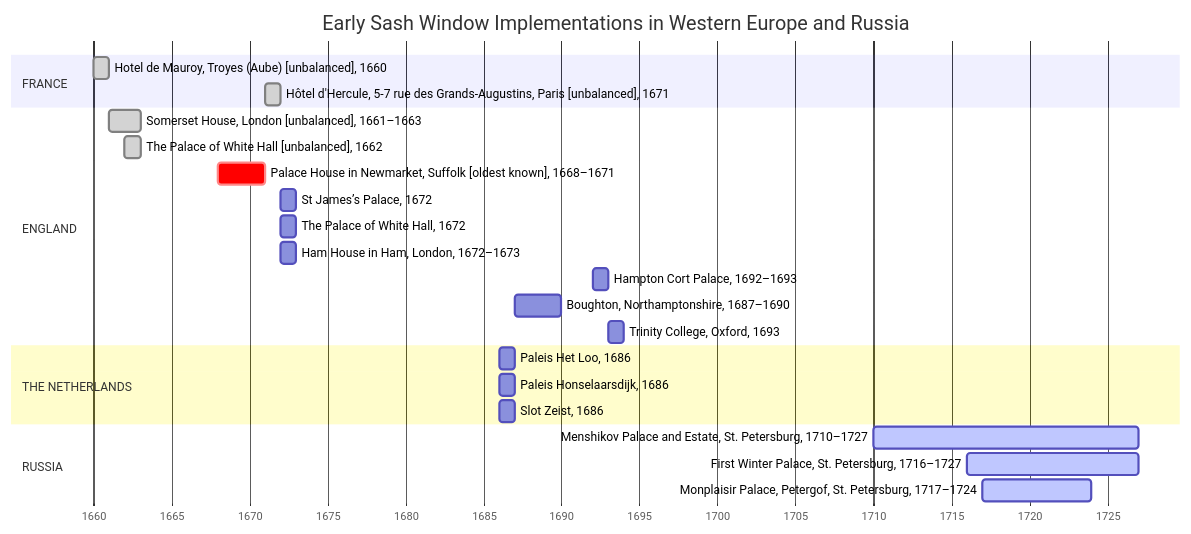
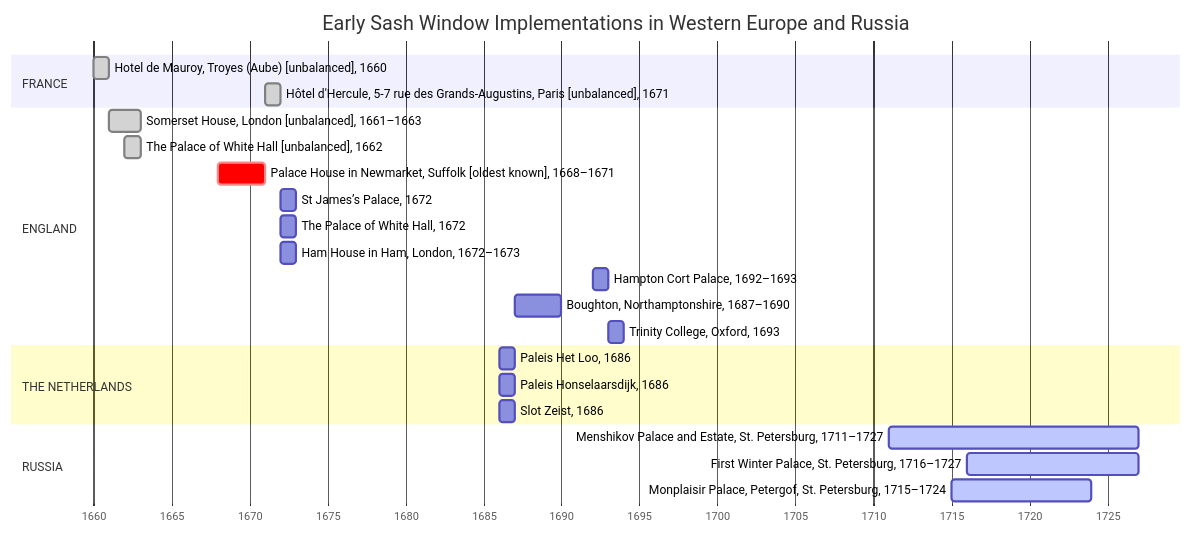
One commit to tropintropin/sash_windows changed the diagram in TIMELINE_EARLY_SASH_WINDOWS.md. Above: the diagram before and after it, drawn with Mermaid. The commit also changed other lines of this file, not shown here.

````diff
--- a/TIMELINE_EARLY_SASH_WINDOWS.md
+++ b/TIMELINE_EARLY_SASH_WINDOWS.md
@@ -3,33 +3,34 @@
 ```mermaid
 gantt
 	title Early Sash Window Implementations in Western Europe and Russia
 	dateFormat YYYY
     axisFormat %Y
 
     section FRANCE
         Hotel de Mauroy, Troyes (Aube) [unbalanced], 1660                           : done, 1660, 1y
         Hôtel d'Hercule, 5-7 rue des Grands-Augustins, Paris [unbalanced], 1671     : done, 1671, 1y
 
 	section ENGLAND
         Somerset House, London [unbalanced], 1661–1663                              : done, 1661, 1663
 		The Palace of White Hall [unbalanced], 1662                                 : done, 1662, 1y
 		Palace House in Newmarket, Suffolk [oldest known], 1668–1671                : crit, 1668, 1671
         St James’s Palace, 1672                                                     : 1672, 1y
 		The Palace of White Hall, 1672                                              : 1672, 1y
         Ham House in Ham, London, 1672–1673                                         : 1672, 1673
 		Hampton Cort Palace, 1692–1693                                              : 1692, 1693
 		Boughton, Northamptonshire, 1687–1690                                       : 1687, 1690
 		Trinity College, Oxford, 1693                                               : 1693, 1y
 
     section THE NETHERLANDS
         Paleis Het Loo, 1686                                                        : 1686, 1y
         Paleis Honselaarsdijk, 1686                                                 : 1686, 1y
         Slot Zeist, 1686                                                            : 1686, 1y
 
     section RUSSIA
-        Menshikov Palace and Estate, St. Petersburg, 1710–1727                      : active, 1710, 1727
+
+        Menshikov Palace and Estate, St. Petersburg, 1711–1727                      : active, 1711, 1727
         First Winter Palace, St. Petersburg, 1716–1727                              : active, 1716, 1727
-        Monplaisir Palace, Petergof, St. Petersburg, 1717–1724                      : active, 1717, 1724
+        Monplaisir Palace, Petergof, St. Petersburg, 1715–1724                      : active, 1715, 1724
 
 
 ```
````
